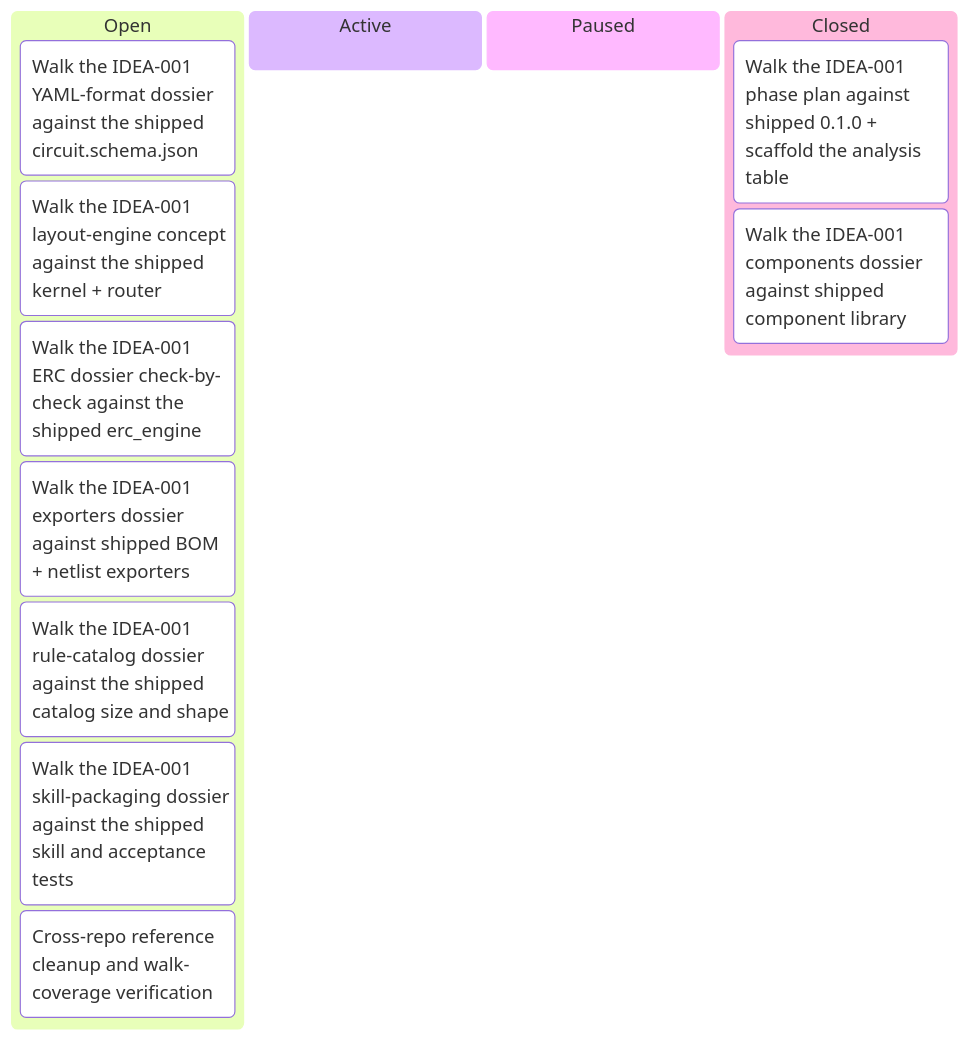
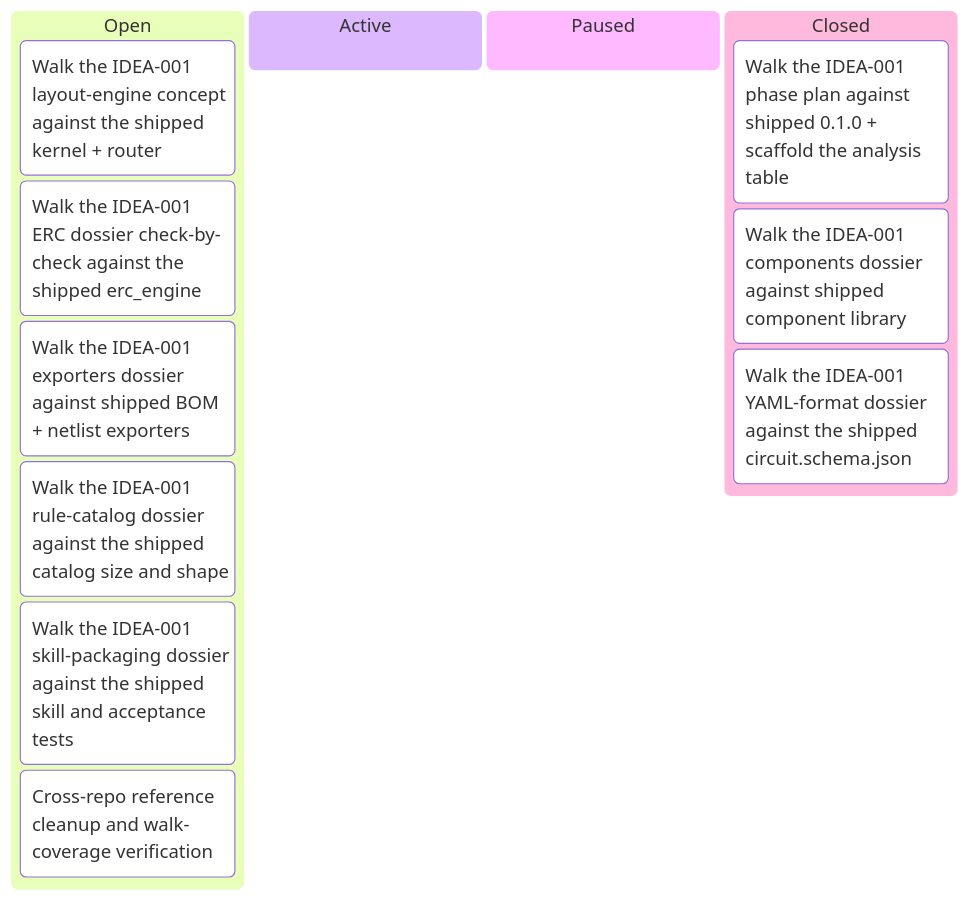
The second of 3 diagrams in docs/developers/tasks/KANBAN.md (tgd1975/CircuitSmith), drawn with Mermaid before and after one commit. The commit also changed other lines of this file and 4 other files, not shown here.

````diff
--- a/docs/developers/tasks/KANBAN.md
+++ b/docs/developers/tasks/KANBAN.md
@@ -33,16 +33,16 @@
 ```mermaid
 kanban
   Open
-    TASK_136["Walk the IDEA-001 YAML-format dossier against the shipped circuit.schema.json"]
     TASK_137["Walk the IDEA-001 layout-engine concept against the shipped kernel + router"]
     TASK_138["Walk the IDEA-001 ERC dossier check-by-check against the shipped erc_engine"]
     TASK_139["Walk the IDEA-001 exporters dossier against shipped BOM + netlist exporters"]
     TASK_140["Walk the IDEA-001 rule-catalog dossier against the shipped catalog size and shape"]
     TASK_141["Walk the IDEA-001 skill-packaging dossier against the shipped skill and acceptance tests"]
     TASK_142["Cross-repo reference cleanup and walk-coverage verification"]
   Active
   Paused
   Closed
     TASK_134["Walk the IDEA-001 phase plan against shipped 0.1.0 + scaffold the analysis table"]
     TASK_135["Walk the IDEA-001 components dossier against shipped component library"]
+    TASK_136["Walk the IDEA-001 YAML-format dossier against the shipped circuit.schema.json"]
 ```
````
